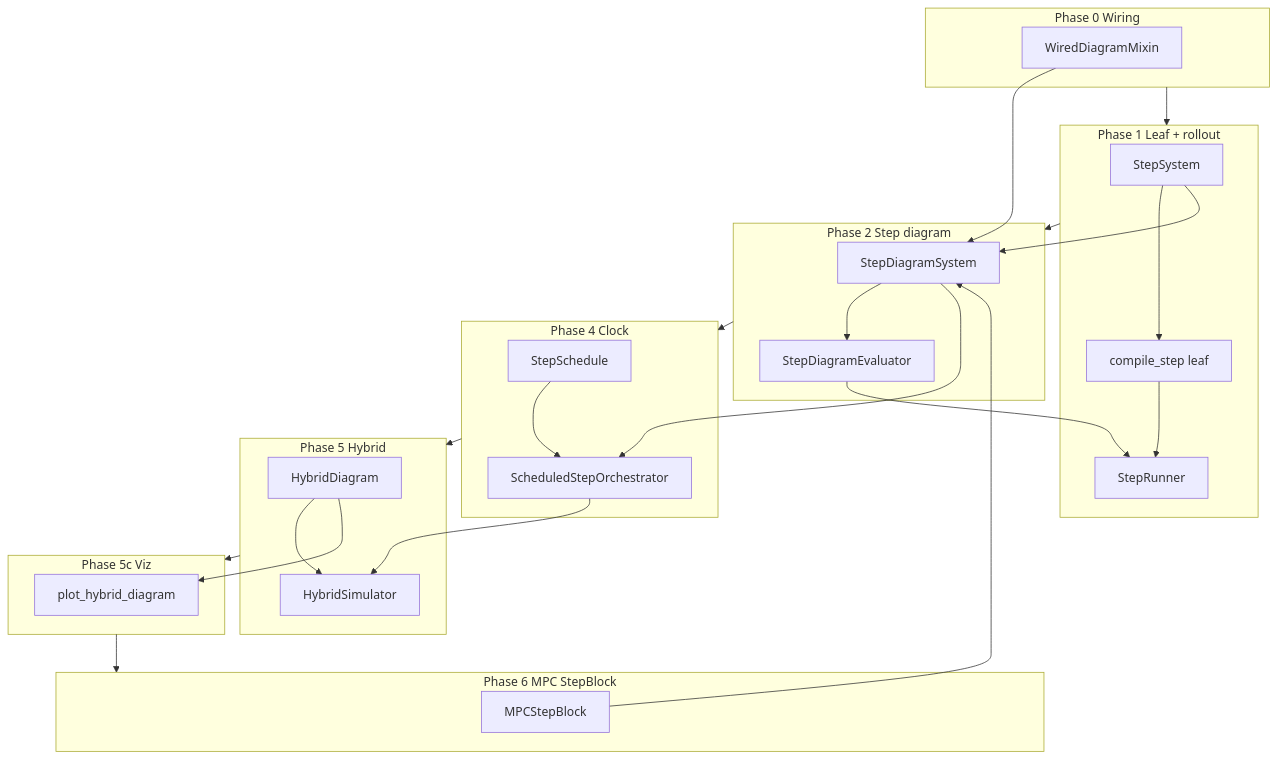
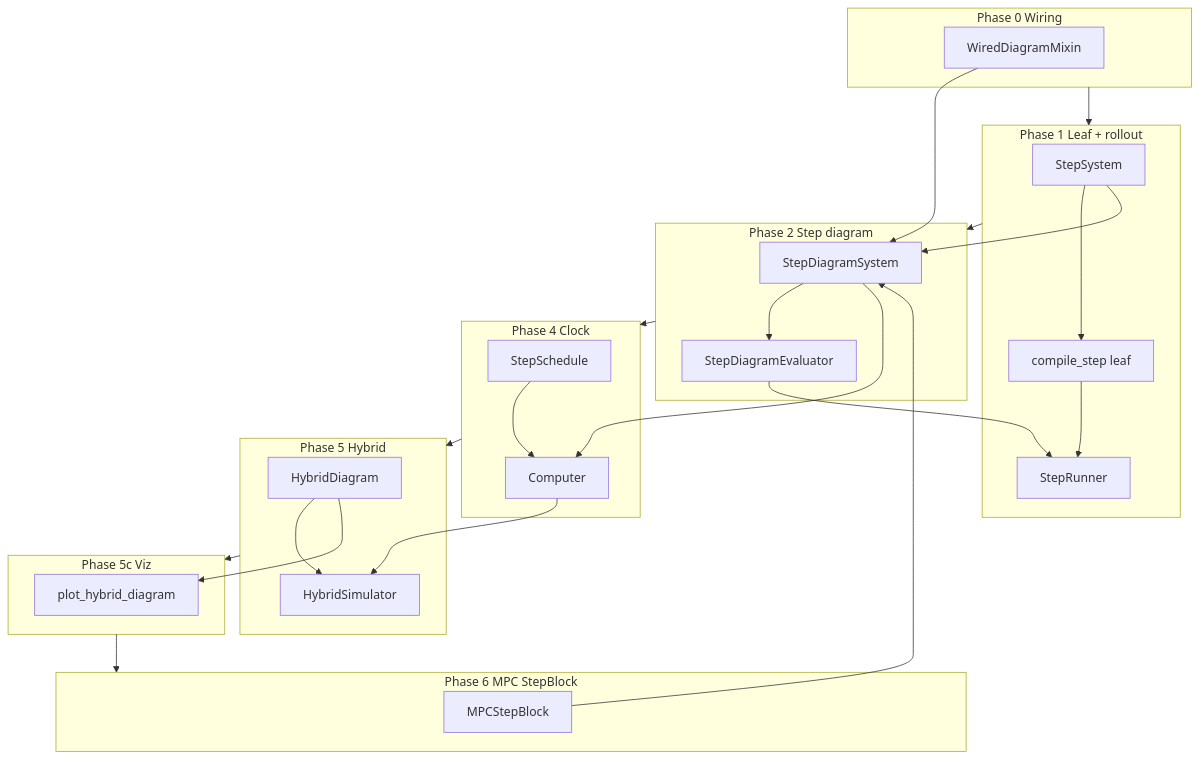
One commit to alx87grd/minilink changed the fourth of 4 diagrams in docs/plans/hybrid-discrete-simulation.md. Above: the diagram before and after it, drawn with Mermaid. The commit also changed other lines of this file and 9 other files, not shown here.

````diff
--- a/docs/plans/hybrid-discrete-simulation.md
+++ b/docs/plans/hybrid-discrete-simulation.md
@@ -567,46 +567,46 @@
 ```mermaid
 flowchart TB
     subgraph p0 [Phase 0 Wiring]
         WIR[WiredDiagramMixin]
     end
 
     subgraph p1 [Phase 1 Leaf + rollout]
         SS[StepSystem]
         CSL[compile_step leaf]
         SR[StepRunner]
     end
 
     subgraph p2 [Phase 2 Step diagram]
         SDS[StepDiagramSystem]
         SE[StepDiagramEvaluator]
     end
 
     subgraph p4 [Phase 4 Clock]
         SCH[StepSchedule]
-        SO[ScheduledStepOrchestrator]
+        SO[Computer]
     end
 
     subgraph p5 [Phase 5 Hybrid]
         HD[HybridDiagram]
         HS[HybridSimulator]
     end
 
     subgraph p5c [Phase 5c Viz]
         PLOT[plot_hybrid_diagram]
     end
 
     subgraph p6 [Phase 6 MPC StepBlock]
         MPC[MPCStepBlock]
     end
 
     WIR --> SDS
     SS --> CSL --> SR
     SS --> SDS --> SE --> SR
     SDS --> SO
     SCH --> SO
     SO --> HS
     HD --> HS
     HD --> PLOT
     MPC --> SDS
     p0 --> p1 --> p2 --> p4 --> p5 --> p5c --> p6
 ```
````
